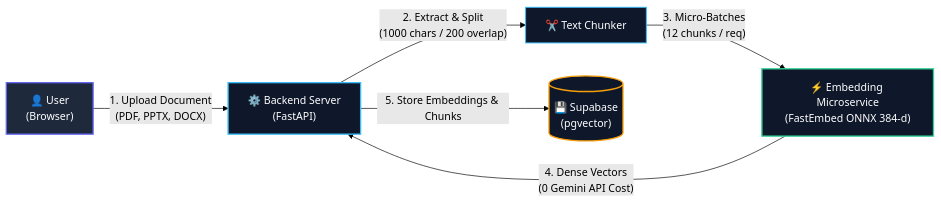
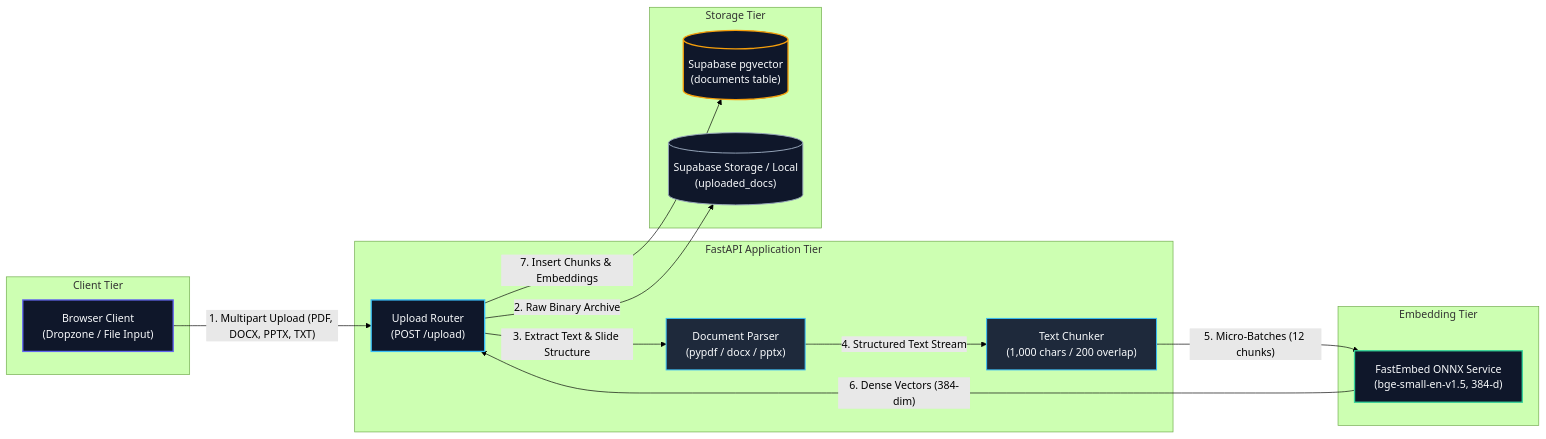
Before and after one commit to mani30mk/Document-AI-Chatbot: the first of 4 diagrams in README.md, drawn with Mermaid (forest theme). The commit also changed other lines of this file, not shown here.

Commit message:
Update README with professional architecture flow diagrams and modular structure

````diff
--- a/README.md
+++ b/README.md
@@ -14,14 +14,37 @@
 ```mermaid
 flowchart LR
-    A["👤 User<br/>(Browser)"] -->|"1. Upload Document<br/>(PDF, PPTX, DOCX)"| B["⚙️ Backend Server<br/>(FastAPI)"]
-    B -->|"2. Extract & Split<br/>(1000 chars / 200 overlap)"| C["✂️ Text Chunker"]
-    C -->|"3. Micro-Batches<br/>(12 chunks / req)"| D["⚡ Embedding Microservice<br/>(FastEmbed ONNX 384-d)"]
-    D -->|"4. Dense Vectors<br/>(0 Gemini API Cost)"| B
-    B -->|"5. Store Embeddings & Chunks"| E[("💾 Supabase<br/>(pgvector)")]
+    subgraph Client["Client Tier"]
+        A["Browser Client<br/>(Dropzone / File Input)"]
+    end
 
-    style A fill:#1e293b,stroke:#6366f1,stroke-width:2px,color:#fff
-    style B fill:#0f172a,stroke:#38bdf8,stroke-width:2px,color:#fff
-    style C fill:#0f172a,stroke:#38bdf8,stroke-width:1.5px,color:#fff
-    style D fill:#0f172a,stroke:#34d399,stroke-width:2px,color:#fff
-    style E fill:#0f172a,stroke:#f59e0b,stroke-width:2px,color:#fff
+    subgraph Backend["FastAPI Application Tier"]
+        B["Upload Router<br/>(POST /upload)"]
+        C["Document Parser<br/>(pypdf / docx / pptx)"]
+        D["Text Chunker<br/>(1,000 chars / 200 overlap)"]
+    end
+
+    subgraph Microservice["Embedding Tier"]
+        E["FastEmbed ONNX Service<br/>(bge-small-en-v1.5, 384-d)"]
+    end
+
+    subgraph Storage["Storage Tier"]
+        F[("Supabase pgvector<br/>(documents table)")]
+        G[("Supabase Storage / Local<br/>(uploaded_docs)")]
+    end
+
+    A -->|"1. Multipart Upload (PDF, DOCX, PPTX, TXT)"| B
+    B -->|"2. Raw Binary Archive"| G
+    B -->|"3. Extract Text & Slide Structure"| C
+    C -->|"4. Structured Text Stream"| D
+    D -->|"5. Micro-Batches (12 chunks)"| E
+    E -->|"6. Dense Vectors (384-dim)"| B
+    B -->|"7. Insert Chunks & Embeddings"| F
+
+    style A fill:#0f172a,stroke:#6366f1,stroke-width:2px,color:#f8fafc
+    style B fill:#0f172a,stroke:#38bdf8,stroke-width:2px,color:#f8fafc
+    style C fill:#1e293b,stroke:#38bdf8,stroke-width:1.5px,color:#f8fafc
+    style D fill:#1e293b,stroke:#38bdf8,stroke-width:1.5px,color:#f8fafc
+    style E fill:#0f172a,stroke:#34d399,stroke-width:2px,color:#f8fafc
+    style F fill:#0f172a,stroke:#f59e0b,stroke-width:2px,color:#f8fafc
+    style G fill:#0f172a,stroke:#94a3b8,stroke-width:1.5px,color:#f8fafc
 ```
````
